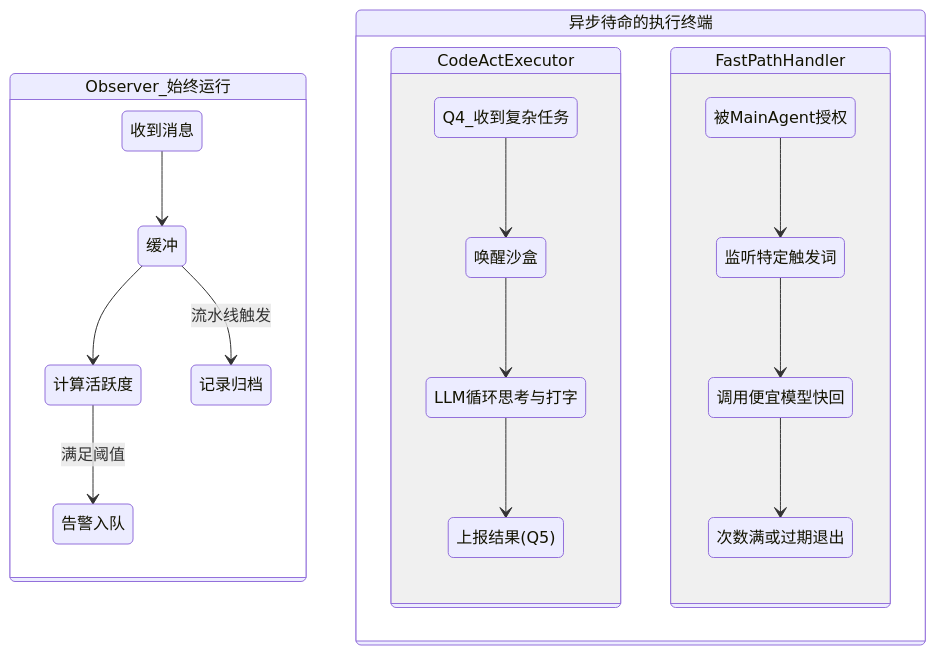
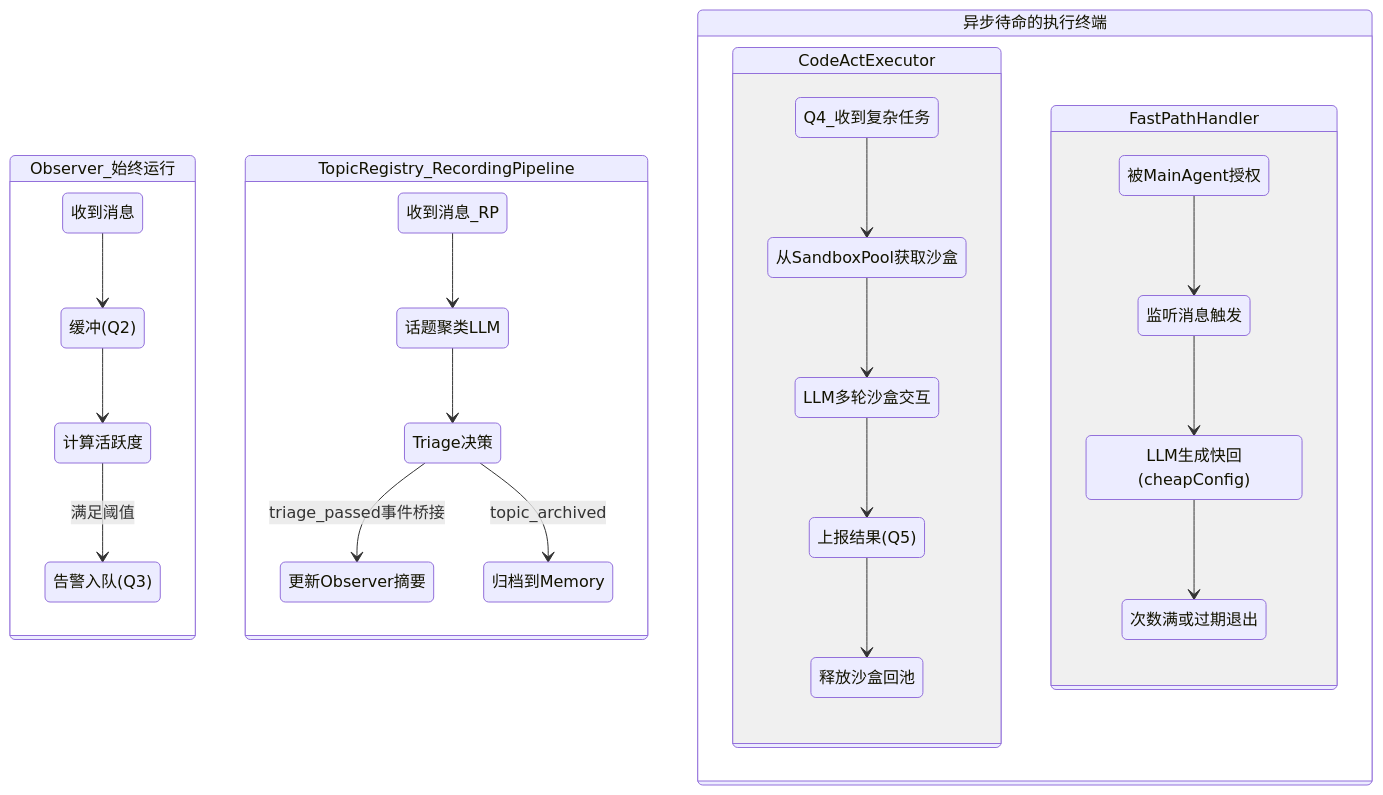
The second of 3 diagrams in docs/architecture_v2.md (mitang-tal/CyberGroupmate), drawn with Mermaid before and after one commit. The commit also changed other lines of this file, not shown here.

````diff
--- a/docs/architecture_v2.md
+++ b/docs/architecture_v2.md
@@ -67,23 +71,30 @@
 ```mermaid
 stateDiagram-v2
     state Observer_始终运行 {
-        收到消息 --> 缓冲
-        缓冲 --> 计算活跃度
-        计算活跃度 --> 告警入队 : 满足阈值
-        缓冲 --> 记录归档 : 流水线触发
+        收到消息 --> 缓冲(Q2)
+        缓冲(Q2) --> 计算活跃度
+        计算活跃度 --> 告警入队(Q3) : 满足阈值
+    }
+
+    state TopicRegistry_RecordingPipeline {
+        收到消息_RP --> 话题聚类LLM
+        话题聚类LLM --> Triage决策
+        Triage决策 --> 更新Observer摘要 : triage_passed事件桥接
+        Triage决策 --> 归档到Memory : topic_archived
     }
 
     state 异步待命的执行终端 {
         state CodeActExecutor {
-            Q4_收到复杂任务 --> 唤醒沙盒
-            唤醒沙盒 --> LLM循环思考与打字
-            LLM循环思考与打字 --> 上报结果(Q5)
+            Q4_收到复杂任务 --> 从SandboxPool获取沙盒
+            从SandboxPool获取沙盒 --> LLM多轮沙盒交互
+            LLM多轮沙盒交互 --> 上报结果(Q5)
+            上报结果(Q5) --> 释放沙盒回池
         }
         
         state FastPathHandler {
-            被MainAgent授权 --> 监听特定触发词
-            监听特定触发词 --> 调用便宜模型快回
-            调用便宜模型快回 --> 次数满或过期退出
+            被MainAgent授权 --> 监听消息触发
+            监听消息触发 --> LLM生成快回(cheapConfig)
+            LLM生成快回(cheapConfig) --> 次数满或过期退出
         }
     }
 ```
````
